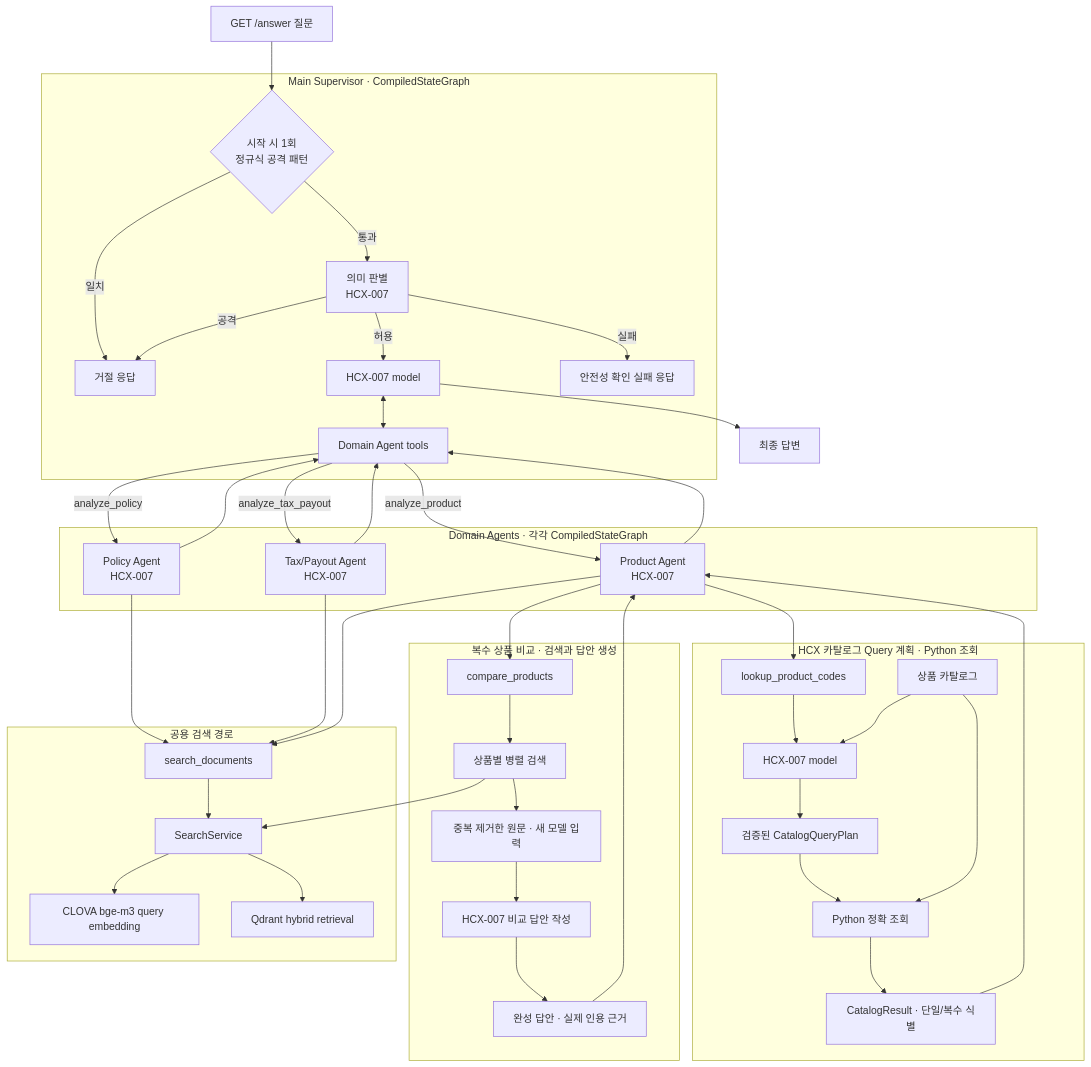
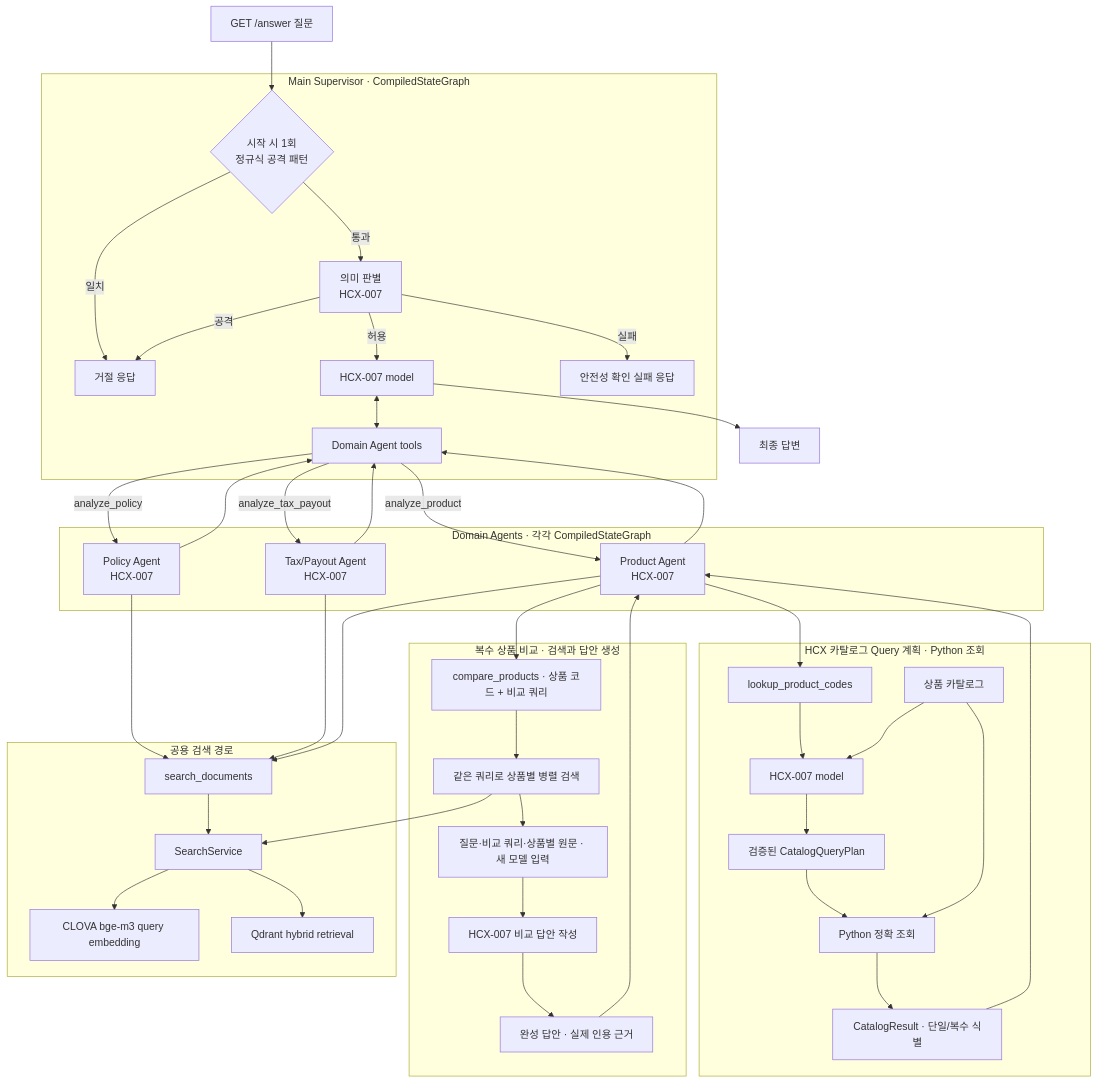
One commit to nayeon653/-ace3 changed the first of 5 diagrams in docs/architecture/agent-graphs.md. Above: the diagram before and after it, drawn with Mermaid. The commit also changed 39 other files, not shown here.

Commit message:
refactor(product): 자유 비교 쿼리로 검색과 답안 생성 연결

````diff
--- a/docs/architecture/agent-graphs.md
+++ b/docs/architecture/agent-graphs.md
@@ -14,59 +14,59 @@
 ```mermaid
 flowchart TB
     question["GET /answer 질문"] --> regex_guard
 
     subgraph main["Main Supervisor · CompiledStateGraph"]
         regex_guard{"시작 시 1회<br/>정규식 공격 패턴"} -->|일치| guard_refusal["거절 응답"]
         regex_guard -->|통과| input_guard["의미 판별<br/>HCX-007"]
         input_guard -->|허용| supervisor
         input_guard -->|공격| guard_refusal
         input_guard -->|실패| guard_unavailable["안전성 확인 실패 응답"]
         supervisor["HCX-007 model"] <--> domain_tools["Domain Agent tools"]
     end
 
     domain_tools -->|analyze_policy| domain_policy
     domain_tools -->|analyze_tax_payout| domain_tax_payout
     domain_tools -->|analyze_product| domain_product
 
     subgraph domains["Domain Agents · 각각 CompiledStateGraph"]
         domain_policy["Policy Agent<br/>HCX-007"]
         domain_tax_payout["Tax/Payout Agent<br/>HCX-007"]
         domain_product["Product Agent<br/>HCX-007"]
     end
 
     domain_policy --> domain_tools
     domain_policy --> search_tools
     domain_tax_payout --> domain_tools
     domain_tax_payout --> search_tools
     domain_product --> domain_tools
     domain_product --> search_tools
 
     subgraph catalog["HCX 카탈로그 Query 계획 · Python 조회"]
         catalog_lookup["lookup_product_codes"] --> catalog_hcx["HCX-007 model"]
         product_catalog["상품 카탈로그"] --> catalog_hcx
         catalog_hcx --> catalog_query["검증된 CatalogQueryPlan"]
         catalog_query --> catalog_execute["Python 정확 조회"]
         product_catalog --> catalog_execute
         catalog_execute --> catalog_result["CatalogResult · 단일/복수 식별"]
     end
     domain_product --> catalog_lookup
     catalog_result --> domain_product
 
     subgraph comparison["복수 상품 비교 · 검색과 답안 생성"]
-        compare_tool["compare_products"] --> product_searches["상품별 병렬 검색"]
-        product_searches --> comparison_evidence["중복 제거한 원문 · 새 모델 입력"]
+        compare_tool["compare_products · 상품 코드 + 비교 쿼리"] --> product_searches["같은 쿼리로 상품별 병렬 검색"]
+        product_searches --> comparison_evidence["질문·비교 쿼리·상품별 원문 · 새 모델 입력"]
         comparison_evidence --> comparison_writer["HCX-007 비교 답안 작성"]
         comparison_writer --> comparison_answer["완성 답안 · 실제 인용 근거"]
     end
     domain_product --> compare_tool
     comparison_answer --> domain_product
     product_searches --> search_service
 
     subgraph search["공용 검색 경로"]
         search_tools["search_documents"] --> search_service["SearchService"]
         search_service --> embedding["CLOVA bge-m3 query embedding"]
         search_service --> qdrant["Qdrant hybrid retrieval"]
     end
 
     supervisor --> answer["최종 답변"]
 ```
````
